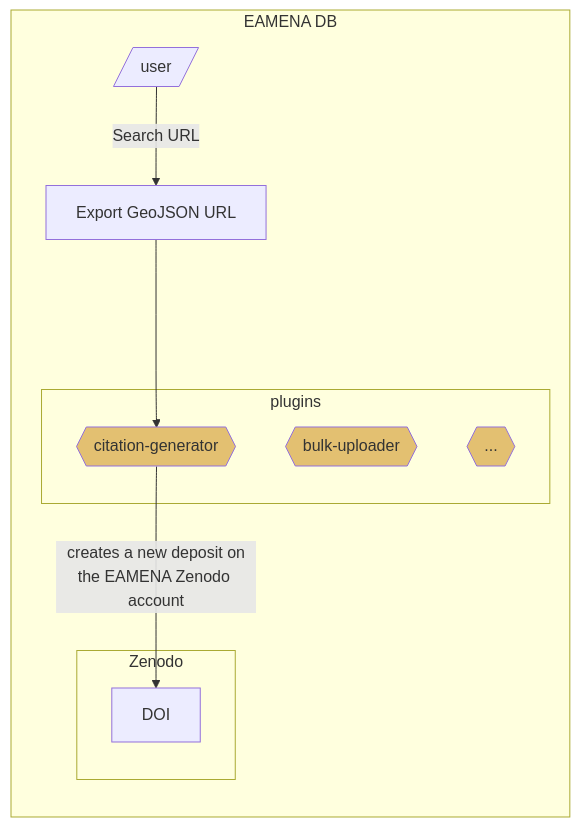
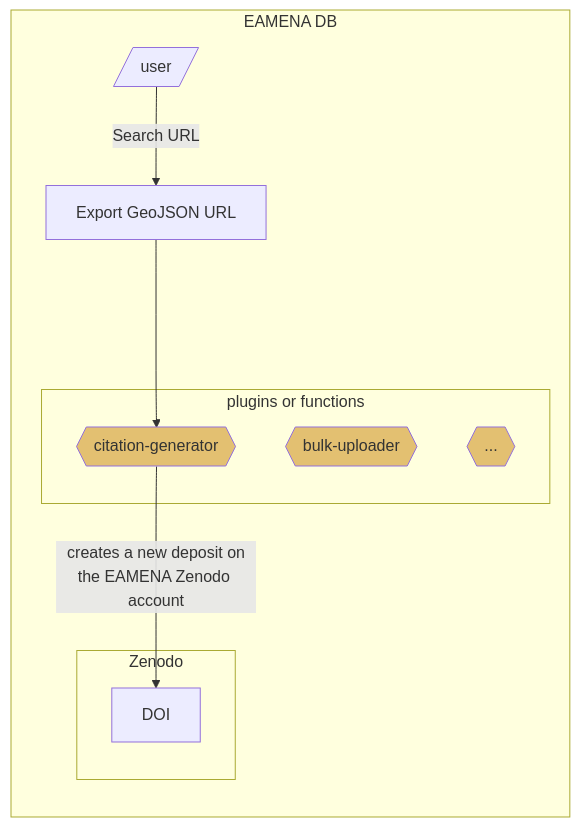
Before and after one commit to eamena-project/eamena-arches-dev: the diagram in data/bibref/README.md, drawn with Mermaid. The commit also changed other lines of this file, not shown here.

````diff
--- a/data/bibref/README.md
+++ b/data/bibref/README.md
@@ -13,16 +13,16 @@
 ```mermaid
 flowchart LR
 	subgraph EAMENA DB
 		U[/user/] -- Search URL --> E[Export GeoJSON URL]
 		E ---> G{{citation-generator}}:::eamenaFunc;
-		subgraph plugins
+		subgraph plugins or functions
 		G
 		H{{bulk-uploader}}:::eamenaFunc;
 		I{{...}}:::eamenaFunc;
 		end
 	subgraph "Zenodo"
 	G -- creates a new deposit on<br>the EAMENA Zenodo account --> DOI
 	end
 end
 classDef eamenaFunc fill:#e3c071;
 ```
````
